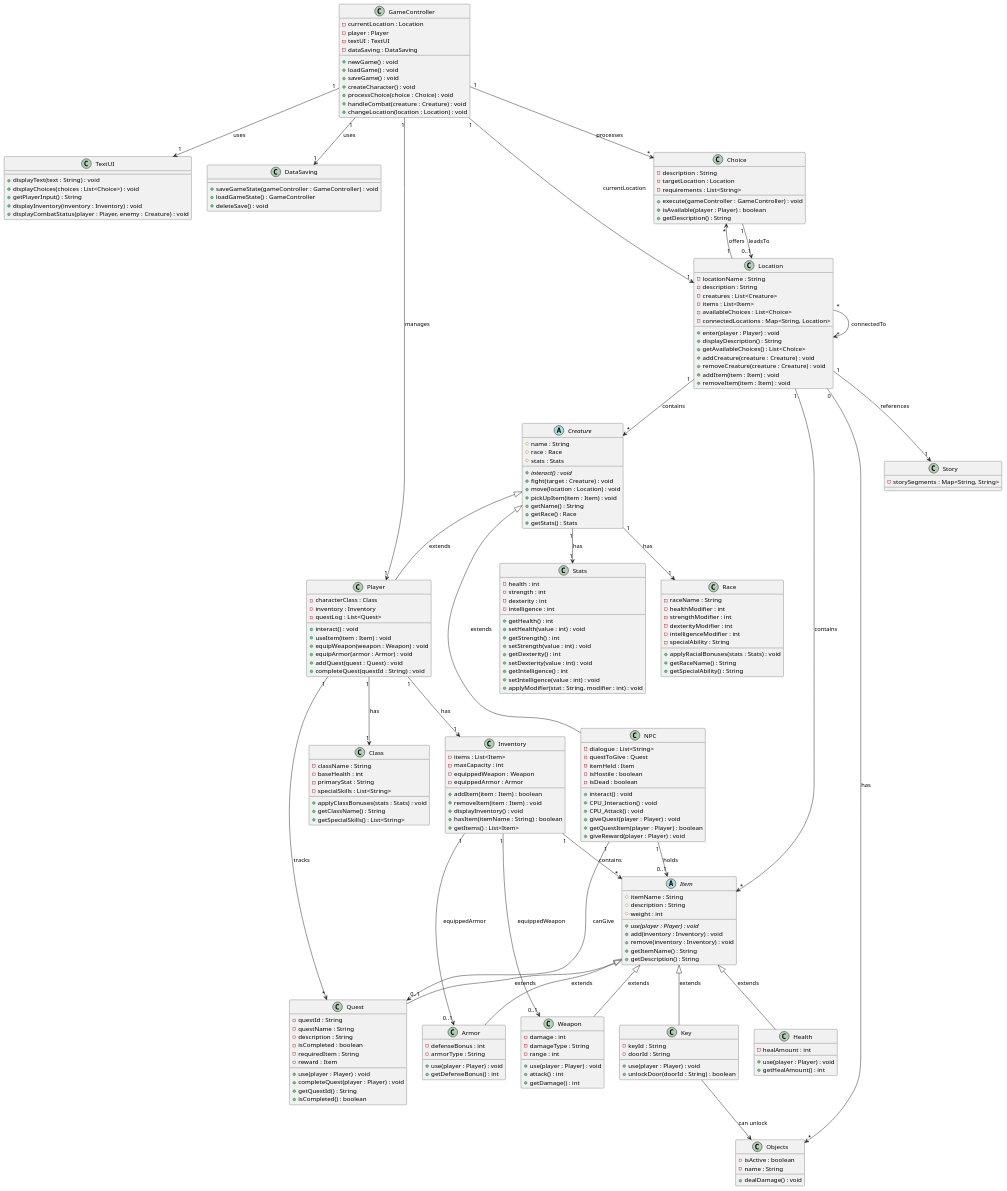
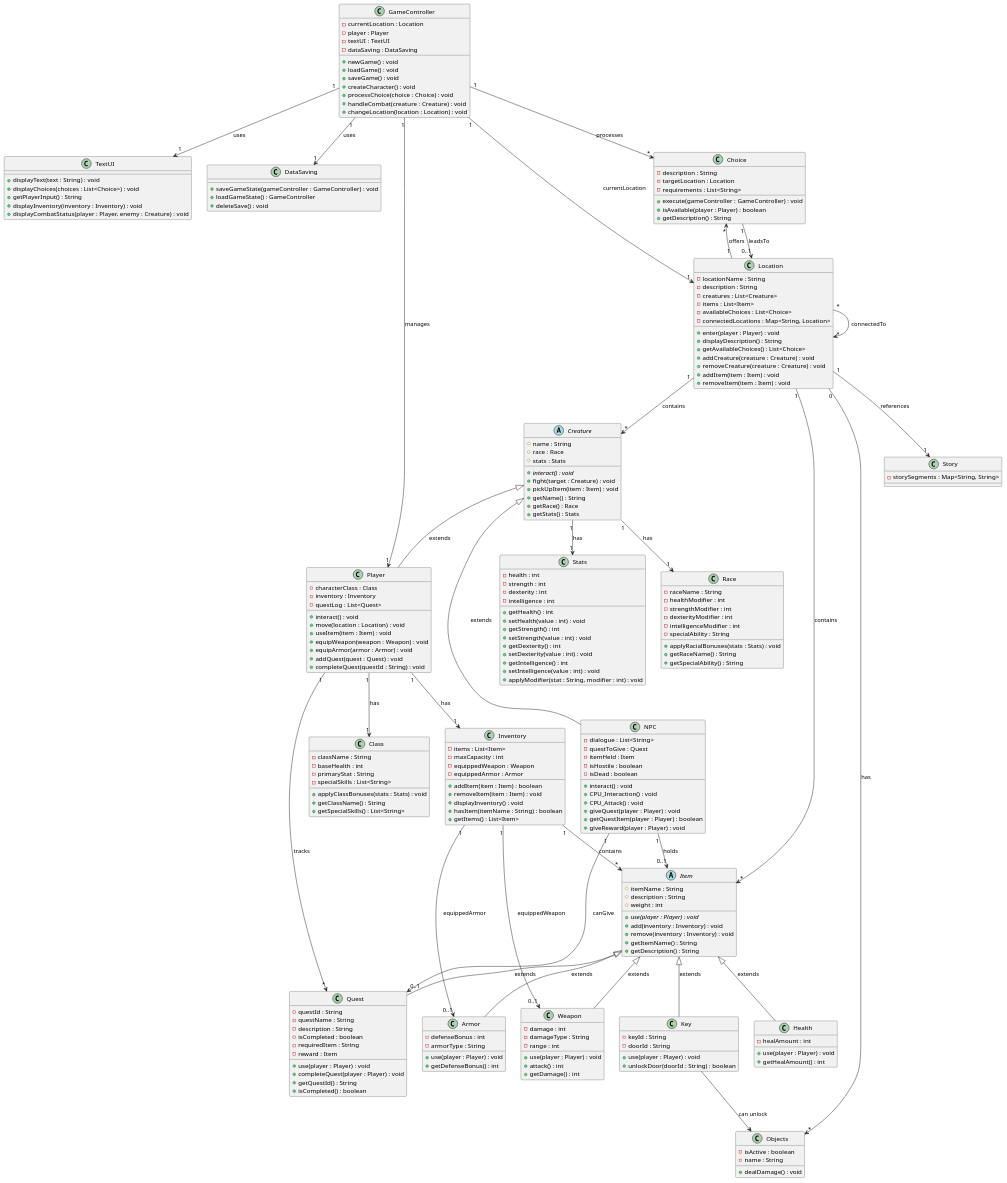
One commit to Eligoon/SP4ICE changed the diagram in doc/ClassDiagram.puml. Above: the diagram before and after it, drawn with PlantUML. The commit also changed other lines of this file and 2 other files, not shown here.

Commit message:
move(location : Location) moved from creature to player, UML updated

```diff
--- a/doc/ClassDiagram.puml
+++ b/doc/ClassDiagram.puml
@@ -70,7 +70,6 @@
     # stats : Stats
     + {abstract} interact() : void
     + fight(target : Creature) : void
-    + move(location : Location) : void
     + pickUpItem(item : Item) : void
     + getName() : String
     + getRace() : Race
@@ -83,6 +82,7 @@
     - inventory : Inventory
     - questLog : List<Quest>
     + interact() : void
+    + move(location : Location) : void
     + useItem(item : Item) : void
     + equipWeapon(weapon : Weapon) : void
     + equipArmor(armor : Armor) : void
```
